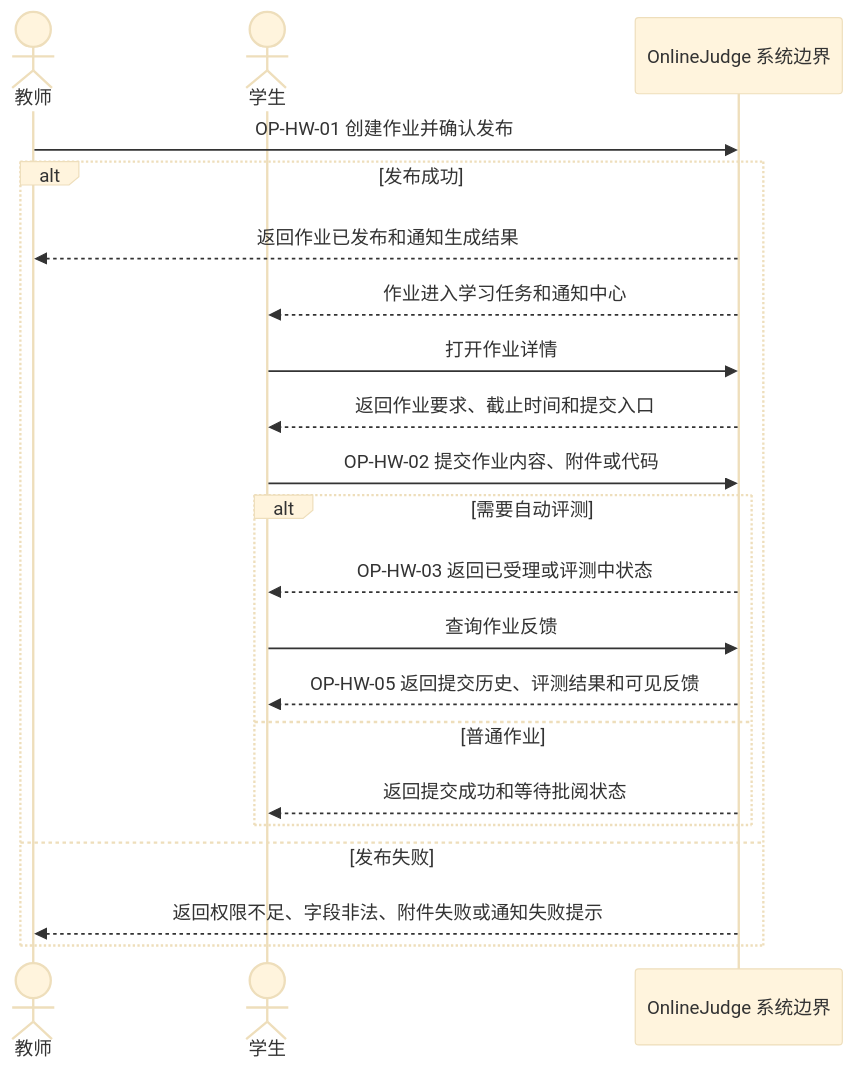
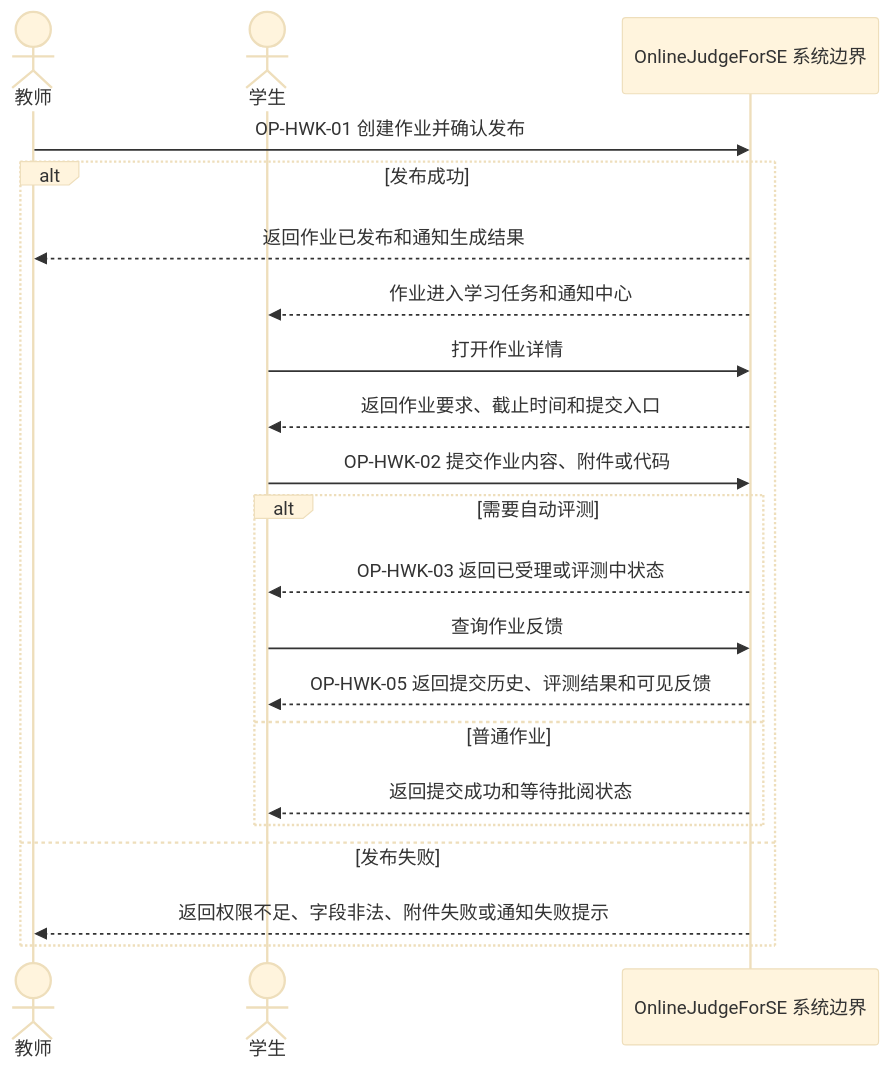
The fifth of 12 diagrams in docs/最终提交/软件需求规格说明书.md (Cr4zyorange/OnlineJudge), drawn with Mermaid (base theme) before and after one commit. The commit also changed other lines of this file and 32 other files, not shown here.

````diff
--- a/docs/最终提交/软件需求规格说明书.md
+++ b/docs/最终提交/软件需求规格说明书.md
@@ -956,23 +857,23 @@
 ```mermaid
 sequenceDiagram
   actor Teacher as 教师
   actor Student as 学生
-  participant System as OnlineJudge 系统边界
-  Teacher->>System: OP-HW-01 创建作业并确认发布
+  participant System as OnlineJudgeForSE 系统边界
+  Teacher->>System: OP-HWK-01 创建作业并确认发布
   alt 发布成功
     System-->>Teacher: 返回作业已发布和通知生成结果
     System-->>Student: 作业进入学习任务和通知中心
     Student->>System: 打开作业详情
     System-->>Student: 返回作业要求、截止时间和提交入口
-    Student->>System: OP-HW-02 提交作业内容、附件或代码
+    Student->>System: OP-HWK-02 提交作业内容、附件或代码
     alt 需要自动评测
-      System-->>Student: OP-HW-03 返回已受理或评测中状态
+      System-->>Student: OP-HWK-03 返回已受理或评测中状态
       Student->>System: 查询作业反馈
-      System-->>Student: OP-HW-05 返回提交历史、评测结果和可见反馈
+      System-->>Student: OP-HWK-05 返回提交历史、评测结果和可见反馈
     else 普通作业
       System-->>Student: 返回提交成功和等待批阅状态
     end
   else 发布失败
     System-->>Teacher: 返回权限不足、字段非法、附件失败或通知失败提示
   end
 ```
````
